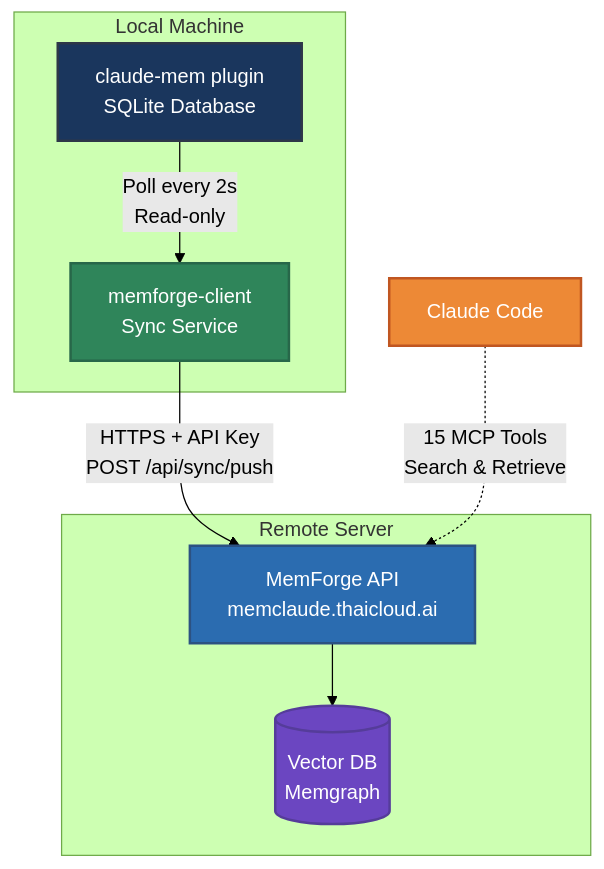
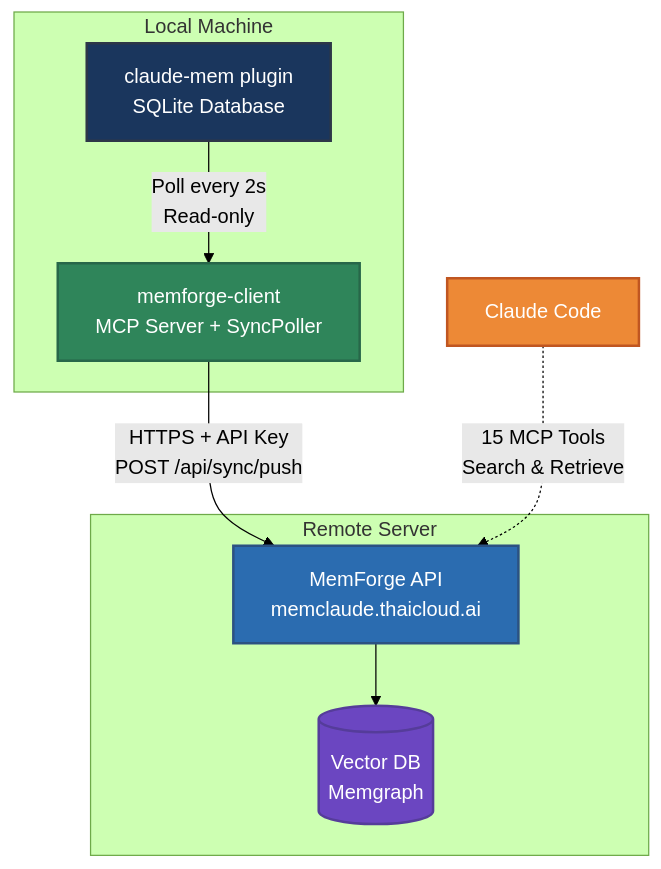
One commit to pitimon/c-memforge changed the first of 2 diagrams in README.md. Above: the diagram before and after it, drawn with Mermaid (forest theme). The commit also changed other lines of this file and 11 other files, not shown here.

First line of the commit message:
feat!: move sync into MCP server process, remove daemon (#23)

````diff
--- a/README.md
+++ b/README.md
@@ -204,24 +198,24 @@
 ```mermaid
 graph TB
     subgraph "Local Machine"
         CM[claude-mem plugin<br/>SQLite Database]
-        MFC[memforge-client<br/>Sync Service]
+        MFC[memforge-client<br/>MCP Server + SyncPoller]
     end
 
     subgraph "Remote Server"
         API[MemForge API<br/>memclaude.thaicloud.ai]
         VDB[(Vector DB<br/>Memgraph)]
     end
 
     CM -->|Poll every 2s<br/>Read-only| MFC
     MFC -->|HTTPS + API Key<br/>POST /api/sync/push| API
     API --> VDB
 
     User[Claude Code] -.->|15 MCP Tools<br/>Search & Retrieve| API
 
     style CM fill:#1a365d,stroke:#2d3748,stroke-width:2px,color:#fff
     style MFC fill:#2f855a,stroke:#276749,stroke-width:2px,color:#fff
     style API fill:#2b6cb0,stroke:#2c5282,stroke-width:2px,color:#fff
     style VDB fill:#6b46c1,stroke:#553c9a,stroke-width:2px,color:#fff
     style User fill:#ed8936,stroke:#c05621,stroke-width:2px,color:#fff
 ```
````
